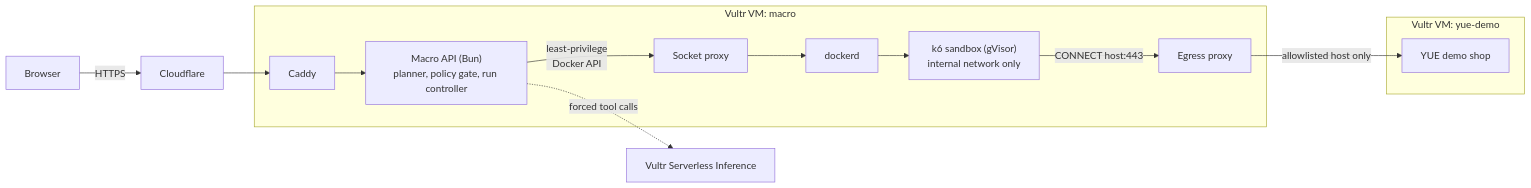
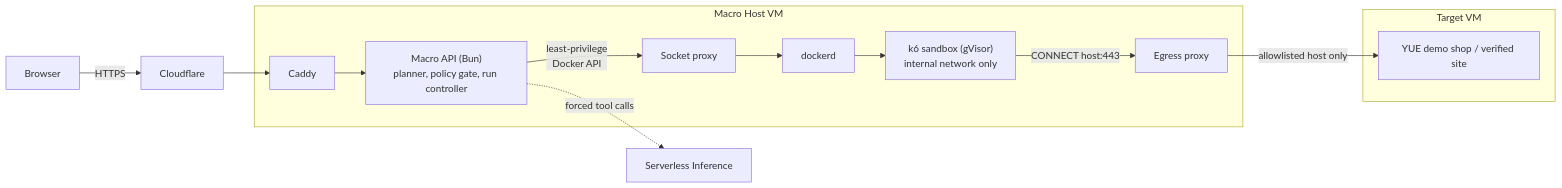
The first of 2 diagrams in README.md (mbayue/macro), drawn with Mermaid before and after one commit. The commit also changed other lines of this file and 5 other files, not shown here.

Commit message:
feat(app,docs): stream hybrid inference tokens in real time and refine architecture docs

````diff
--- a/README.md
+++ b/README.md
@@ -22,17 +13,17 @@
 ```mermaid
 flowchart LR
   B[Browser] -->|HTTPS| CF[Cloudflare]
   CF --> CD[Caddy]
-  subgraph M["Vultr VM: macro"]
+  subgraph M["Macro Host VM"]
     CD --> API["Macro API (Bun)<br/>planner, policy gate, run controller"]
     API -->|least-privilege<br/>Docker API| SP[Socket proxy]
     SP --> DCK[dockerd]
     DCK --> SBX["k6 sandbox (gVisor)<br/>internal network only"]
     SBX -->|"CONNECT host:443"| PX[Egress proxy]
   end
-  API -.->|forced tool calls| VI[Vultr Serverless Inference]
+  API -.->|forced tool calls| VI[Serverless Inference]
   PX -->|allowlisted host only| DT
-  subgraph Y["Vultr VM: yue-demo"]
-    DT[YUE demo shop]
+  subgraph Y["Target VM"]
+    DT[YUE demo shop / verified site]
   end
 ```
````
